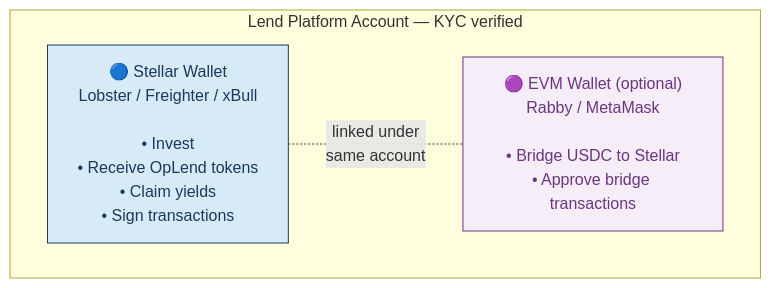
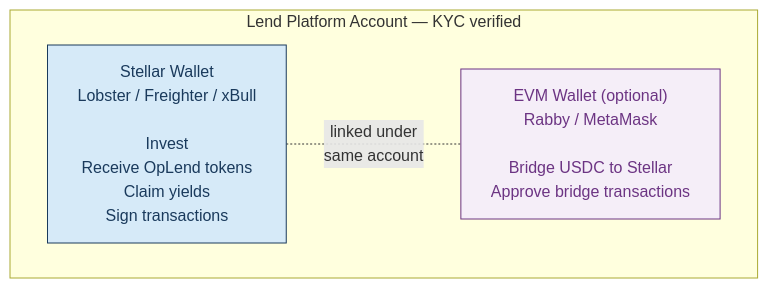
The fourth of 9 diagrams in 01-technical-architecture.md (Blazirus66/lend-stellar-stack-review), drawn with Mermaid before and after one commit. The commit also changed other lines of this file, not shown here.

First line of the commit message:
Integrate architecture review feedback — security, scalability, precision

````diff
--- a/01-technical-architecture.md
+++ b/01-technical-architecture.md
@@ -184,17 +279,17 @@
 ```mermaid
 graph LR
     subgraph Account["Lend Platform Account — KYC verified"]
         direction LR
-        SW["🔵 Stellar Wallet<br/>Lobster / Freighter / xBull<br/><br/>• Invest<br/>• Receive OpLend tokens<br/>• Claim yields<br/>• Sign transactions"]
-        EW["🟣 EVM Wallet (optional)<br/>Rabby / MetaMask<br/><br/>• Bridge USDC to Stellar<br/>• Approve bridge transactions"]
+        SW["Stellar Wallet<br/>Lobster / Freighter / xBull<br/><br/>Invest<br/>Receive OpLend tokens<br/>Claim yields<br/>Sign transactions"]
+        EW["EVM Wallet (optional)<br/>Rabby / MetaMask<br/><br/>Bridge USDC to Stellar<br/>Approve bridge transactions"]
     end
 
     SW -.-|"linked under<br/>same account"| EW
 
     classDef stellar fill:#d6eaf8,stroke:#1a3a5c,color:#1a3a5c
     classDef evm fill:#f5eef8,stroke:#6c3483,color:#6c3483
     classDef account fill:#f8f9fa,stroke:#2c3e50,color:#2c3e50
 
     class SW stellar
     class EW evm
 ```
````
